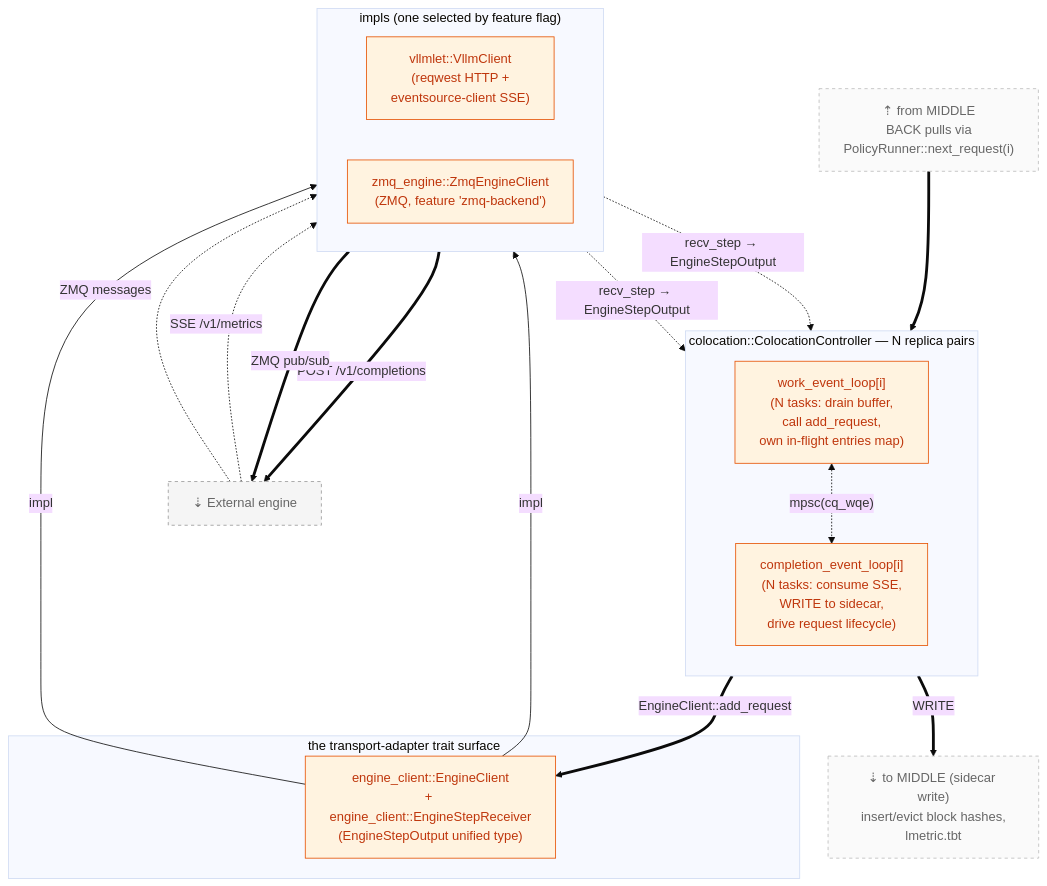
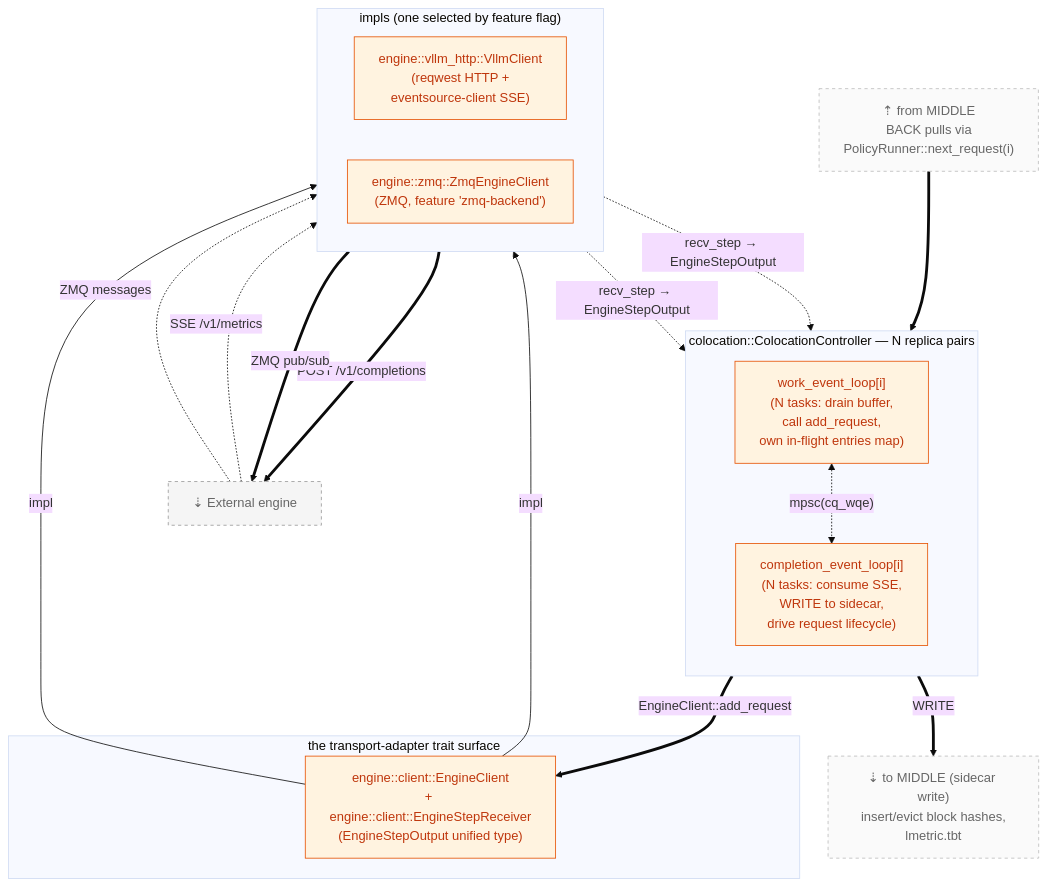
The diagram in docs/architecture/back-engine-driver.md (blitz-serving/blitz-router), drawn with Mermaid (base theme) before and after one commit. The commit also changed other lines of this file and 9 other files, not shown here.

First line of the commit message:
docs(architecture): align doc surfaces with the three-layer layout

````diff
--- a/docs/architecture/back-engine-driver.md
+++ b/docs/architecture/back-engine-driver.md
@@ -28,47 +28,47 @@
 ```mermaid
 flowchart TB
     classDef back fill:#fff3e0,stroke:#e65100,color:#bf360c
     classDef sidecar fill:#fff9c4,stroke:#f57c00,color:#bf360c
     classDef ext fill:#f5f5f5,stroke:#999,stroke-dasharray:4 4,color:#666
     classDef seam fill:#fafafa,stroke:#bbb,stroke-dasharray:4 4,color:#666
 
     fromMid["⇡ from MIDDLE<br/>BACK pulls via<br/>PolicyRunner::next_request(i)"]:::seam
     toMid["⇣ to MIDDLE (sidecar write)<br/>insert/evict block hashes,<br/>lmetric.tbt"]:::seam
     extEng["⇣ External engine"]:::ext
 
     subgraph coloc["colocation::ColocationController — N replica pairs"]
         direction TB
         cc_work["work_event_loop[i]<br/>(N tasks: drain buffer,<br/>call add_request,<br/>own in-flight entries map)"]:::back
         cc_done["completion_event_loop[i]<br/>(N tasks: consume SSE,<br/>WRITE to sidecar,<br/>drive request lifecycle)"]:::back
         cc_work <-. mpsc(cq_wqe) .-> cc_done
     end
 
     subgraph trait_layer["the transport-adapter trait surface"]
-        b_trait["engine_client::EngineClient<br/>+ engine_client::EngineStepReceiver<br/>(EngineStepOutput unified type)"]:::back
+        b_trait["engine::client::EngineClient<br/>+ engine::client::EngineStepReceiver<br/>(EngineStepOutput unified type)"]:::back
     end
 
     subgraph adapters["impls (one selected by feature flag)"]
         direction LR
-        b_vllm["vllmlet::VllmClient<br/>(reqwest HTTP +<br/>eventsource-client SSE)"]:::back
-        b_zmq["zmq_engine::ZmqEngineClient<br/>(ZMQ, feature 'zmq-backend')"]:::back
+        b_vllm["engine::vllm_http::VllmClient<br/>(reqwest HTTP +<br/>eventsource-client SSE)"]:::back
+        b_zmq["engine::zmq::ZmqEngineClient<br/>(ZMQ, feature 'zmq-backend')"]:::back
     end
 
     %% Hot-path: work loop drains commit buffer and dispatches
     fromMid ==> cc_work
     cc_work == "EngineClient::add_request" ==> b_trait
 
     b_trait -- impl --> b_vllm
     b_trait -- impl --> b_zmq
 
     b_vllm == "POST /v1/completions" ==> extEng
     b_zmq == "ZMQ pub/sub" ==> extEng
 
     %% SSE return path: adapter → completion loop → sidecar
     extEng -. "SSE /v1/metrics" .-> b_vllm
     extEng -. "ZMQ messages" .-> b_zmq
     b_vllm -. "recv_step → EngineStepOutput" .-> cc_done
     b_zmq -. "recv_step → EngineStepOutput" .-> cc_done
 
     %% Sidecar write — the BACK→MIDDLE telemetry back-flow
     cc_done == "WRITE" ==> toMid
 ```
````
